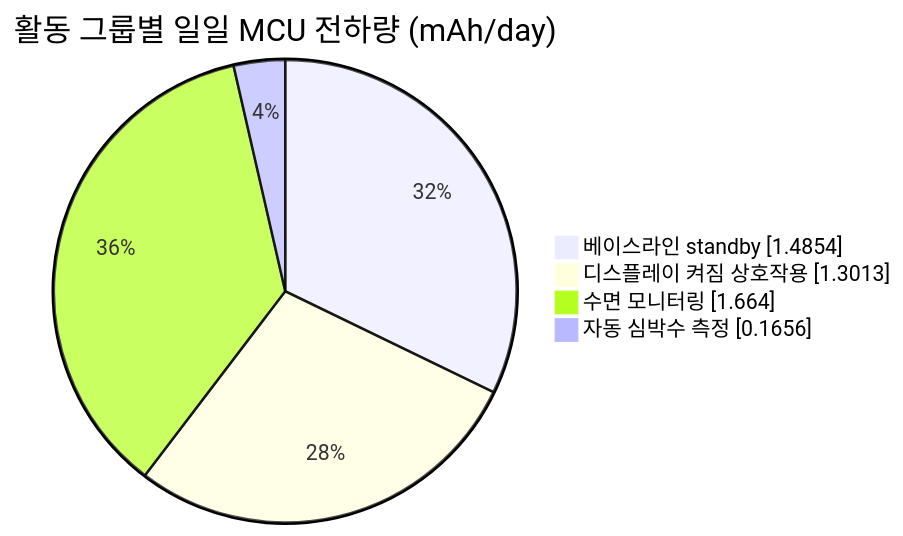
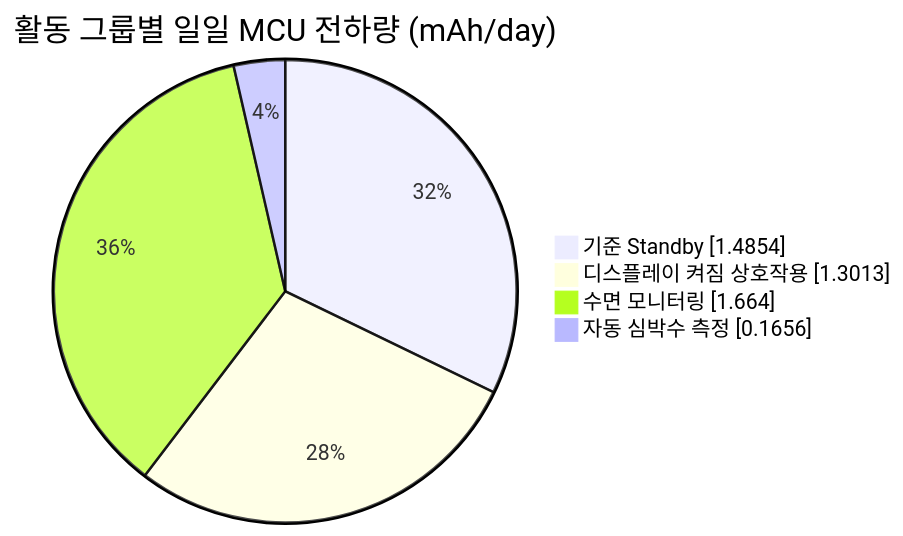
The fourth of 4 diagrams in docs/ko/learn/low-power/smartwatch-power-profiling.md (uForge-io/uforge-site), drawn with Mermaid before and after one commit. The commit also changed other lines of this file and 1164 other files, not shown here.

````diff
--- a/docs/ko/learn/low-power/smartwatch-power-profiling.md
+++ b/docs/ko/learn/low-power/smartwatch-power-profiling.md
@@ -274,8 +276,8 @@
 ```mermaid
 pie showData
     title 활동 그룹별 일일 MCU 전하량 (mAh/day)
-    "베이스라인 standby" : 1.4854
+    "기준 Standby" : 1.4854
     "디스플레이 켜짐 상호작용" : 1.3013
     "수면 모니터링" : 1.6640
     "자동 심박수 측정" : 0.1656
 ```
````
